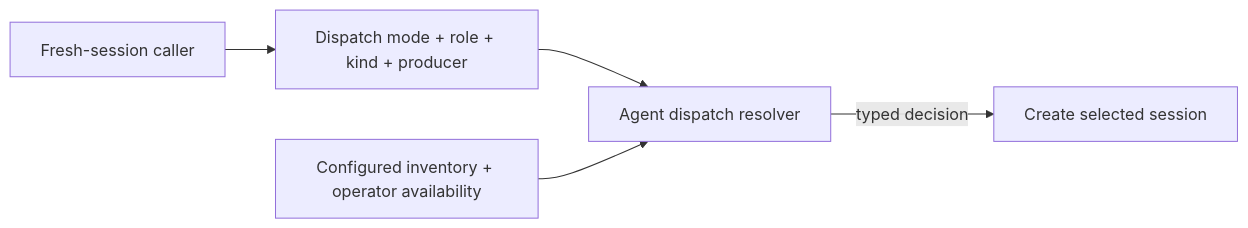
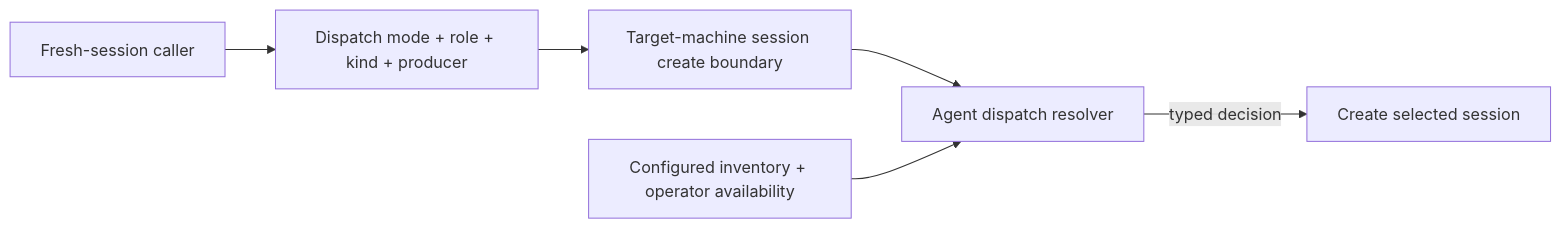
One commit to InstruktAI/TeleClaude changed the first of 2 diagrams in docs/project/design/architecture/agent-dispatch.md. Above: the diagram before and after it, drawn with Mermaid. The commit also changed other lines of this file and 1 other file, not shown here.

First line of the commit message:
docs(agent-routing): ground dispatch architecture in session creation

````diff
--- a/docs/project/design/architecture/agent-dispatch.md
+++ b/docs/project/design/architecture/agent-dispatch.md
@@ -105,12 +153,13 @@
 ```mermaid
 flowchart LR
     Caller[Fresh-session caller]
     Context[Dispatch mode + role + kind + producer]
+    Boundary[Target-machine session create boundary]
     Resolver[Agent dispatch resolver]
     State[Configured inventory + operator availability]
     Create[Create selected session]
 
-    Caller --> Context --> Resolver
+    Caller --> Context --> Boundary --> Resolver
     State --> Resolver
     Resolver -->|typed decision| Create
 ```
````
